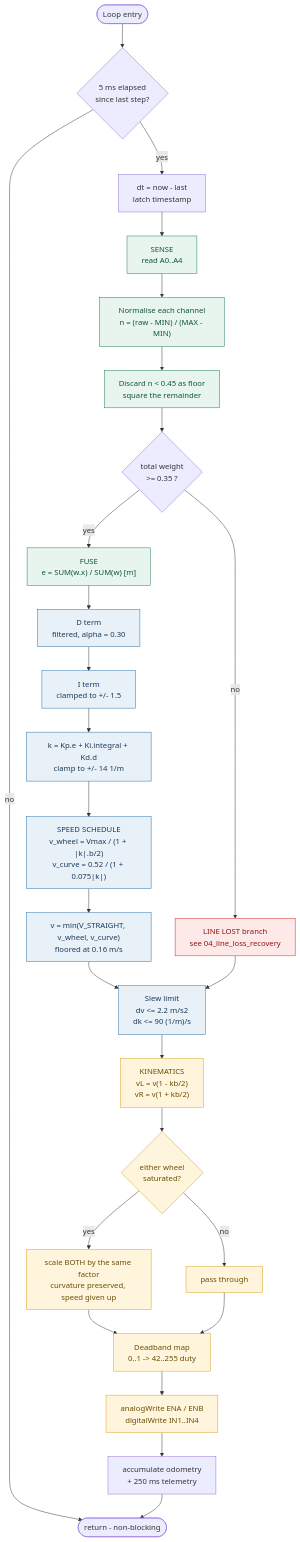
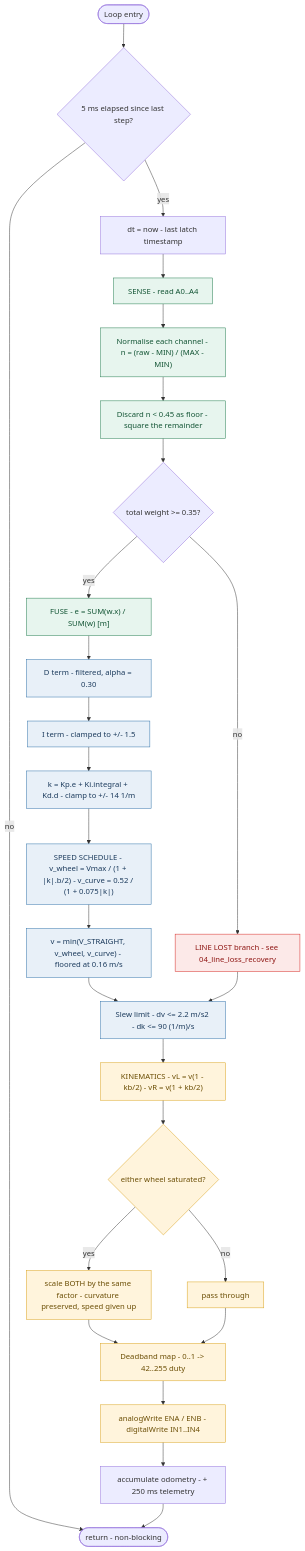
The diagram in Folder A/flowcharts/02_main_control_loop.mmd (chris-lukanga/roborumble), drawn with Mermaid before and after one commit.

Commit message:
Refactor flowchart labels for clarity

```diff
--- a/Folder A/flowcharts/02_main_control_loop.mmd
+++ b/Folder A/flowcharts/02_main_control_loop.mmd
@@ -1,41 +1,46 @@
 flowchart TD
-  A([Loop entry]) --> B{"5 ms elapsed<br/>since last step?"}
+
+  A([Loop entry]) --> B{"5 ms elapsed since last step?"}
   B -->|no| Z([return - non-blocking])
-  B -->|yes| C["dt = now - last<br/>latch timestamp"]
+  B -->|yes| C["dt = now - last latch timestamp"]
 
-  C --> D["SENSE<br/>read A0..A4"]
-  D --> E["Normalise each channel<br/>n = (raw - MIN) / (MAX - MIN)"]
-  E --> F["Discard n &lt; 0.45 as floor<br/>square the remainder"]
-  F --> G{"total weight<br/>&gt;= 0.35 ?"}
+  C --> D["SENSE - read A0..A4"]
+  D --> E["Normalise each channel - n = (raw - MIN) / (MAX - MIN)"]
+  E --> F["Discard n < 0.45 as floor - square the remainder"]
+  F --> G{"total weight >= 0.35?"}
 
-  G -->|no| LOST["LINE LOST branch<br/>see 04_line_loss_recovery"]
-  G -->|yes| H["FUSE<br/>e = SUM(w.x) / SUM(w)  [m]"]
+  G -->|no| LOST["LINE LOST branch - see 04_line_loss_recovery"]
+  G -->|yes| H["FUSE - e = SUM(w.x) / SUM(w) [m]"]
 
-  H --> I["D term<br/>filtered, alpha = 0.30"]
-  I --> J["I term<br/>clamped to +/- 1.5"]
-  J --> K["k = Kp.e + Ki.integral + Kd.d<br/>clamp to +/- 14 1/m"]
+  H --> I["D term - filtered, alpha = 0.30"]
+  I --> J["I term - clamped to +/- 1.5"]
+  J --> K["k = Kp.e + Ki.integral + Kd.d - clamp to +/- 14 1/m"]
 
-  K --> L["SPEED SCHEDULE<br/>v_wheel = Vmax / (1 + |k|.b/2)<br/>v_curve = 0.52 / (1 + 0.075|k|)"]
-  L --> M["v = min(V_STRAIGHT, v_wheel, v_curve)<br/>floored at 0.16 m/s"]
+  K --> L["SPEED SCHEDULE - v_wheel = Vmax / (1 + |k|.b/2) - v_curve = 0.52 / (1 + 0.075|k|)"]
+  L --> M["v = min(V_STRAIGHT, v_wheel, v_curve) - floored at 0.16 m/s"]
 
-  M --> N["Slew limit<br/>dv &lt;= 2.2 m/s2<br/>dk &lt;= 90 (1/m)/s"]
+  M --> N["Slew limit - dv <= 2.2 m/s2 - dk <= 90 (1/m)/s"]
   LOST --> N
 
-  N --> O["KINEMATICS<br/>vL = v(1 - kb/2)<br/>vR = v(1 + kb/2)"]
-  O --> P{"either wheel<br/>saturated?"}
-  P -->|yes| Q["scale BOTH by the same factor<br/>curvature preserved, speed given up"]
+  N --> O["KINEMATICS - vL = v(1 - kb/2) - vR = v(1 + kb/2)"]
+  O --> P{"either wheel saturated?"}
+
+  P -->|yes| Q["scale BOTH by the same factor - curvature preserved, speed given up"]
   P -->|no| R["pass through"]
-  Q --> S["Deadband map<br/>0..1 -> 42..255 duty"]
+
+  Q --> S["Deadband map - 0..1 -> 42..255 duty"]
   R --> S
-  S --> T["analogWrite ENA / ENB<br/>digitalWrite IN1..IN4"]
-  T --> U["accumulate odometry<br/>+ 250 ms telemetry"]
+
+  S --> T["analogWrite ENA / ENB - digitalWrite IN1..IN4"]
+  T --> U["accumulate odometry - + 250 ms telemetry"]
   U --> Z
 
   classDef io fill:#E7F5EE,stroke:#1F7A4D,color:#125434
   classDef plan fill:#E8F0F8,stroke:#2C6FA8,color:#1B3A5C
   classDef act fill:#FFF4DC,stroke:#D9A118,color:#6B4E05
   classDef bad fill:#FCE9E8,stroke:#D5231F,color:#8E1512
+
   class D,E,F,H io
   class I,J,K,L,M,N plan
   class O,P,Q,R,S,T act
   class LOST bad
```
